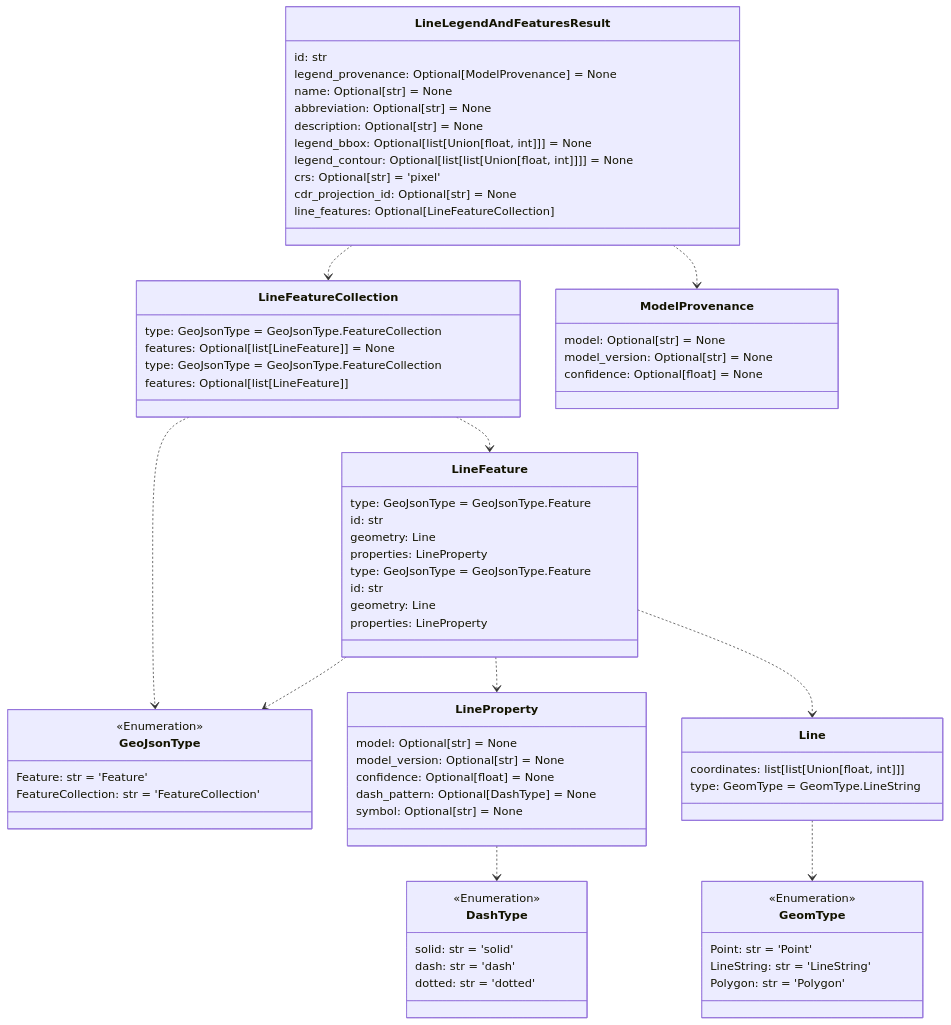
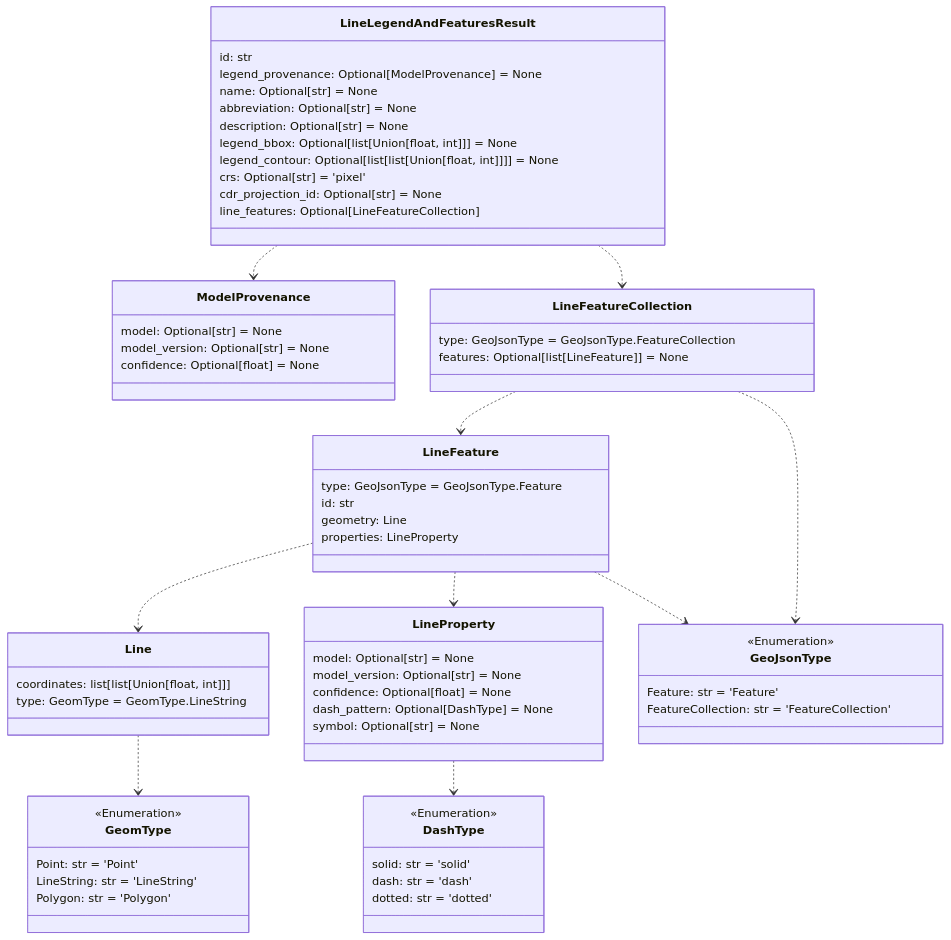
One commit to DARPA-CRITICALMAAS/cdr_schemas changed the sixth of 12 diagrams in README.md. Above: the diagram before and after it, drawn with Mermaid. The commit also changed other lines of this file, not shown here.

````diff
--- a/README.md
+++ b/README.md
@@ -458,16 +433,5 @@
 ```mermaid
 classDiagram
-
-    class GeoJsonType {
-        <<Enumeration>>
-        Feature: str = 'Feature'
-        FeatureCollection: str = 'FeatureCollection'
-    }
-
-    class LineFeatureCollection {
-        type: GeoJsonType = GeoJsonType.FeatureCollection
-        features: Optional[list[LineFeature]] = None
-    }
 
     class ModelProvenance {
         model: Optional[str] = None
@@ -475,9 +439,22 @@
         confidence: Optional[float] = None
     }
 
-    class LineFeatureCollection {
-        type: GeoJsonType = GeoJsonType.FeatureCollection
-        features: Optional[list[LineFeature]]
+    class Line {
+        coordinates: list[list[Union[float, int]]]
+        type: GeomType = GeomType.LineString
+    }
+
+    class LineLegendAndFeaturesResult {
+        id: str
+        legend_provenance: Optional[ModelProvenance] = None
+        name: Optional[str] = None
+        abbreviation: Optional[str] = None
+        description: Optional[str] = None
+        legend_bbox: Optional[list[Union[float, int]]] = None
+        legend_contour: Optional[list[list[Union[float, int]]]] = None
+        crs: Optional[str] = 'pixel'
+        cdr_projection_id: Optional[str] = None
+        line_features: Optional[LineFeatureCollection]
     }
 
     class DashType {
@@ -487,16 +464,17 @@
         dotted: str = 'dotted'
     }
 
-    class Line {
-        coordinates: list[list[Union[float, int]]]
-        type: GeomType = GeomType.LineString
+    class LineProperty {
+        model: Optional[str] = None
+        model_version: Optional[str] = None
+        confidence: Optional[float] = None
+        dash_pattern: Optional[DashType] = None
+        symbol: Optional[str] = None
     }
 
-    class LineFeature {
-        type: GeoJsonType = GeoJsonType.Feature
-        id: str
-        geometry: Line
-        properties: LineProperty
+    class LineFeatureCollection {
+        type: GeoJsonType = GeoJsonType.FeatureCollection
+        features: Optional[list[LineFeature]] = None
     }
 
     class GeomType {
@@ -513,36 +491,21 @@
         properties: LineProperty
     }
 
-    class LineLegendAndFeaturesResult {
-        id: str
-        legend_provenance: Optional[ModelProvenance] = None
-        name: Optional[str] = None
-        abbreviation: Optional[str] = None
-        description: Optional[str] = None
-        legend_bbox: Optional[list[Union[float, int]]] = None
-        legend_contour: Optional[list[list[Union[float, int]]]] = None
-        crs: Optional[str] = 'pixel'
-        cdr_projection_id: Optional[str] = None
-        line_features: Optional[LineFeatureCollection]
-    }
-
-    class LineProperty {
-        model: Optional[str] = None
-        model_version: Optional[str] = None
-        confidence: Optional[float] = None
-        dash_pattern: Optional[DashType] = None
-        symbol: Optional[str] = None
+    class GeoJsonType {
+        <<Enumeration>>
+        Feature: str = 'Feature'
+        FeatureCollection: str = 'FeatureCollection'
     }
 
     Line ..> GeomType
     LineProperty ..> DashType
+    LineFeature ..> Line
+    LineFeature ..> LineProperty
     LineFeature ..> GeoJsonType
-    LineFeature ..> LineProperty
-    LineFeature ..> Line
+    LineFeatureCollection ..> LineFeature
     LineFeatureCollection ..> GeoJsonType
-    LineFeatureCollection ..> LineFeature
+    LineLegendAndFeaturesResult ..> ModelProvenance
     LineLegendAndFeaturesResult ..> LineFeatureCollection
-    LineLegendAndFeaturesResult ..> ModelProvenance
 
 
 ```
````
